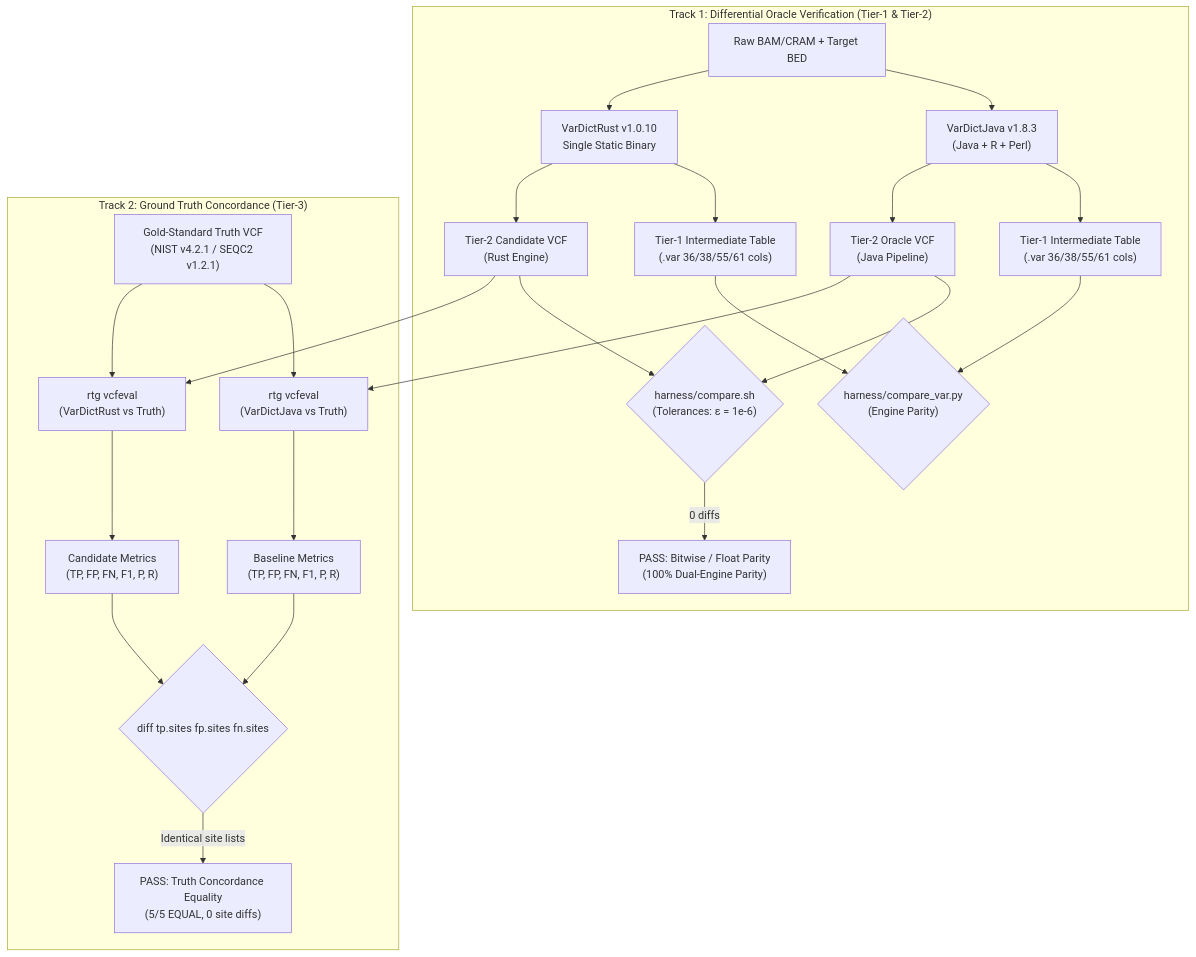
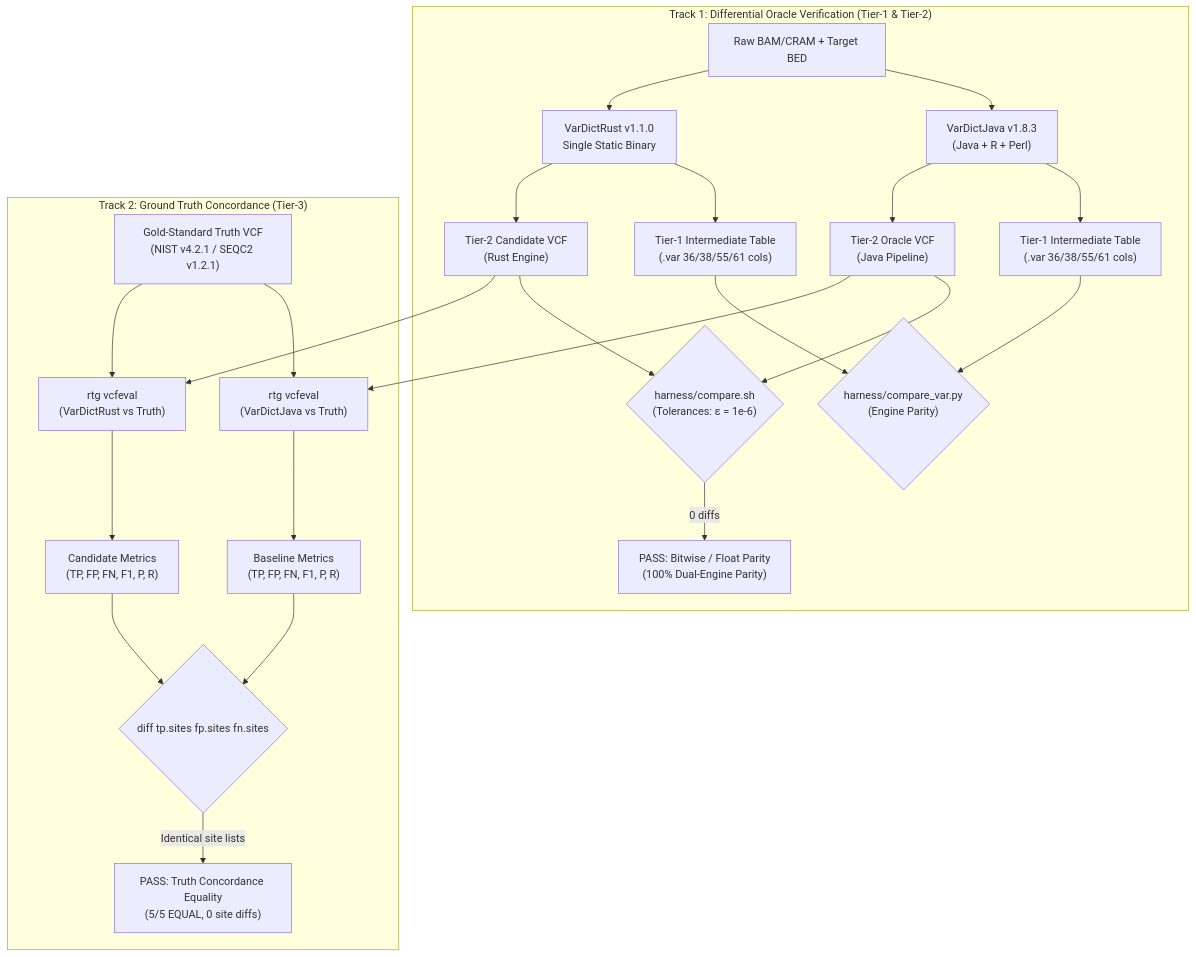
One commit to palakpsheth/VarDictRust changed the diagram in docs/validation/omnibus-empirical-validation.md. Above: the diagram before and after it, drawn with Mermaid. The commit also changed other lines of this file and 45 other files, not shown here.

First line of the commit message:
release: prepare VarDictRust v1.1.0 (#162)

````diff
--- a/docs/validation/omnibus-empirical-validation.md
+++ b/docs/validation/omnibus-empirical-validation.md
@@ -62,27 +62,27 @@
 ```mermaid
 flowchart TD
     subgraph Track1 ["Track 1: Differential Oracle Verification (Tier-1 & Tier-2)"]
         D1["Raw BAM/CRAM + Target BED"] --> VDJ["VarDictJava v1.8.3\n(Java + R + Perl)"]
-        D1 --> VDR["VarDictRust v1.0.10<br/>Single Static Binary"]
+        D1 --> VDR["VarDictRust v1.1.0<br/>Single Static Binary"]
         VDJ --> VAR_J["Tier-1 Intermediate Table\n(.var 36/38/55/61 cols)"]
         VDR --> VAR_R["Tier-1 Intermediate Table\n(.var 36/38/55/61 cols)"]
         VAR_J & VAR_R --> CMP_VAR{"harness/compare_var.py\n(Engine Parity)"}
         VDJ --> VCF_J["Tier-2 Oracle VCF\n(Java Pipeline)"]
         VDR --> VCF_R["Tier-2 Candidate VCF\n(Rust Engine)"]
         VCF_J --> CMP{"harness/compare.sh\n(Tolerances: ε = 1e-6)"}
         VCF_R --> CMP
         CMP -->|0 diffs| MATCH["PASS: Bitwise / Float Parity\n(100% Dual-Engine Parity)"]
     end
 
     subgraph Track2 ["Track 2: Ground Truth Concordance (Tier-3)"]
         VCF_J --> RTG1["rtg vcfeval\n(VarDictJava vs Truth)"]
         VCF_R --> RTG2["rtg vcfeval\n(VarDictRust vs Truth)"]
         TRUTH["Gold-Standard Truth VCF\n(NIST v4.2.1 / SEQC2 v1.2.1)"] --> RTG1
         TRUTH --> RTG2
         RTG1 --> MET_J["Baseline Metrics\n(TP, FP, FN, F1, P, R)"]
         RTG2 --> MET_R["Candidate Metrics\n(TP, FP, FN, F1, P, R)"]
         MET_J --> DIFF{"diff tp.sites fp.sites fn.sites"}
         MET_R --> DIFF
         DIFF -->|Identical site lists| EQUAL["PASS: Truth Concordance Equality\n(5/5 EQUAL, 0 site diffs)"]
     end
 ```
````
